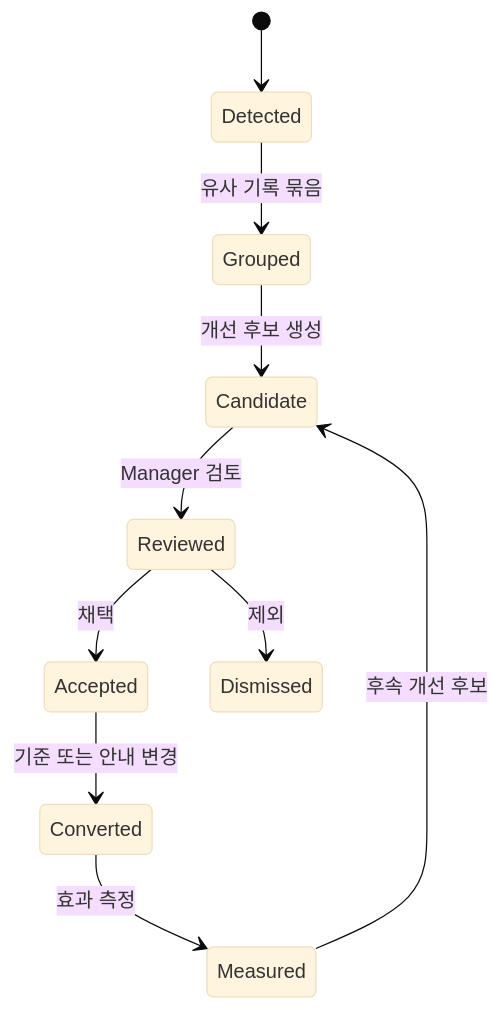
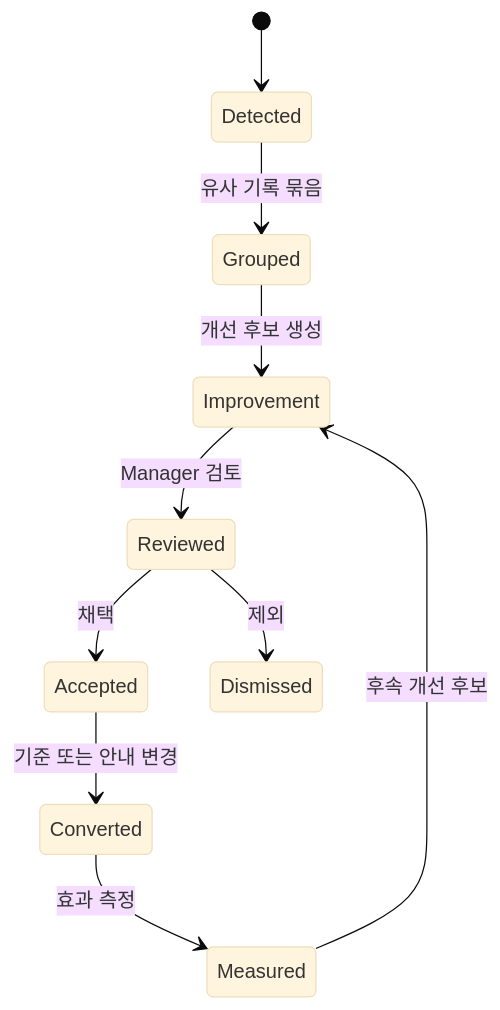
One commit to ewoooo/living-brand-system changed the third of 3 diagrams in docs/03-data-lifecycle.md. Above: the diagram before and after it, drawn with Mermaid (base theme). The commit also changed other lines of this file and 7 other files, not shown here.

````diff
--- a/docs/03-data-lifecycle.md
+++ b/docs/03-data-lifecycle.md
@@ -179,12 +184,12 @@
 ```mermaid
 stateDiagram-v2
   [*] --> Detected
   Detected --> Grouped: 유사 기록 묶음
-  Grouped --> Candidate: 개선 후보 생성
-  Candidate --> Reviewed: Manager 검토
+  Grouped --> Improvement: 개선 후보 생성
+  Improvement --> Reviewed: Manager 검토
   Reviewed --> Accepted: 채택
   Reviewed --> Dismissed: 제외
   Accepted --> Converted: 기준 또는 안내 변경
   Converted --> Measured: 효과 측정
-  Measured --> Candidate: 후속 개선 후보
+  Measured --> Improvement: 후속 개선 후보
 ```
````
